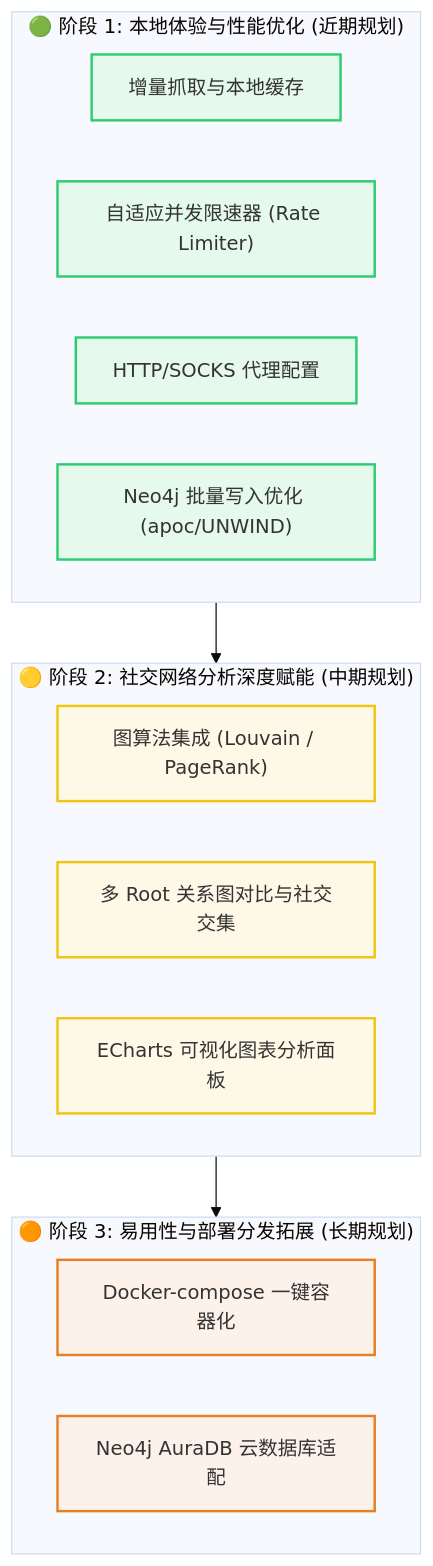
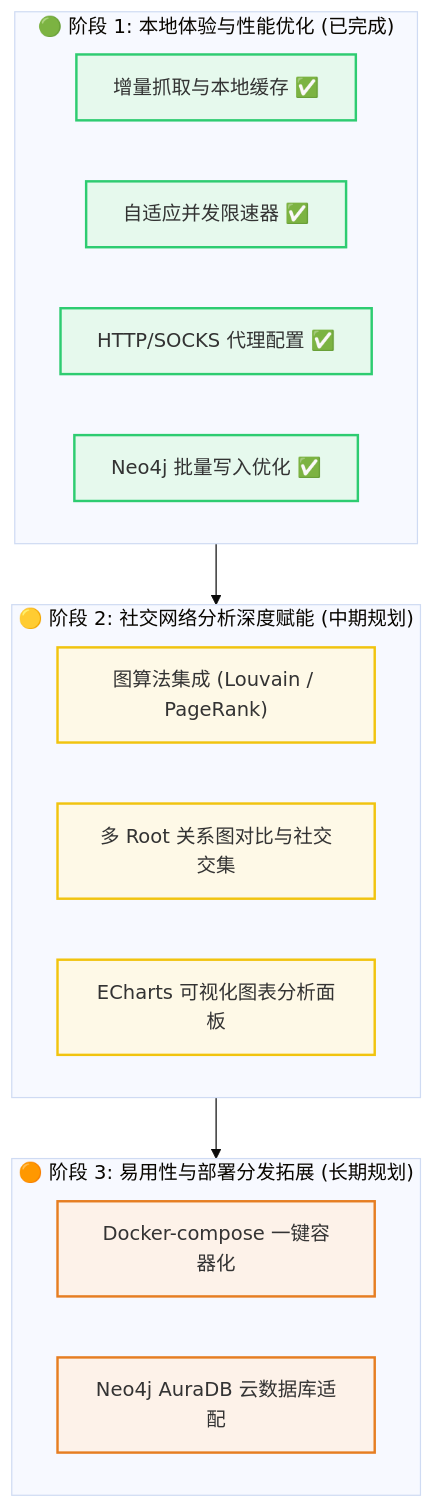
One commit to CZL-Homelab/Steam-Friend-Relationship-Map changed the first of 2 diagrams in roadmap.md. Above: the diagram before and after it, drawn with Mermaid (base theme). The commit also changed other lines of this file and 9 other files, not shown here.

````diff
--- a/roadmap.md
+++ b/roadmap.md
@@ -9,31 +9,31 @@
 ```mermaid
 graph TD
     classDef p1 fill:#e6f9ed,stroke:#2ecc71,stroke-width:2px;
     classDef p2 fill:#fef9e7,stroke:#f1c40f,stroke-width:2px;
     classDef p3 fill:#fdf2e9,stroke:#e67e22,stroke-width:2px;
 
-    subgraph Phase1["🟢 阶段 1: 本地体验与性能优化 (近期规划)"]
-        A["增量抓取与本地缓存"]
-        B["自适应并发限速器 (Rate Limiter)"]
-        C["HTTP/SOCKS 代理配置"]
-        D["Neo4j 批量写入优化 (apoc/UNWIND)"]
+    subgraph Phase1["🟢 阶段 1: 本地体验与性能优化 (已完成)"]
+        A["增量抓取与本地缓存 ✅"]
+        B["自适应并发限速器 ✅"]
+        C["HTTP/SOCKS 代理配置 ✅"]
+        D["Neo4j 批量写入优化 ✅"]
     end
 
     subgraph Phase2["🟡 阶段 2: 社交网络分析深度赋能 (中期规划)"]
         E["图算法集成 (Louvain / PageRank)"]
         F["多 Root 关系图对比与社交交集"]
         G["ECharts 可视化图表分析面板"]
     end
 
     subgraph Phase3["🟠 阶段 3: 易用性与部署分发拓展 (长期规划)"]
         H["Docker-compose 一键容器化"]
         I["Neo4j AuraDB 云数据库适配"]
     end
 
     Phase1 --> Phase2
     Phase2 --> Phase3
 
     class A,B,C,D p1;
     class E,F,G p2;
     class H,I p3;
 ```
````
